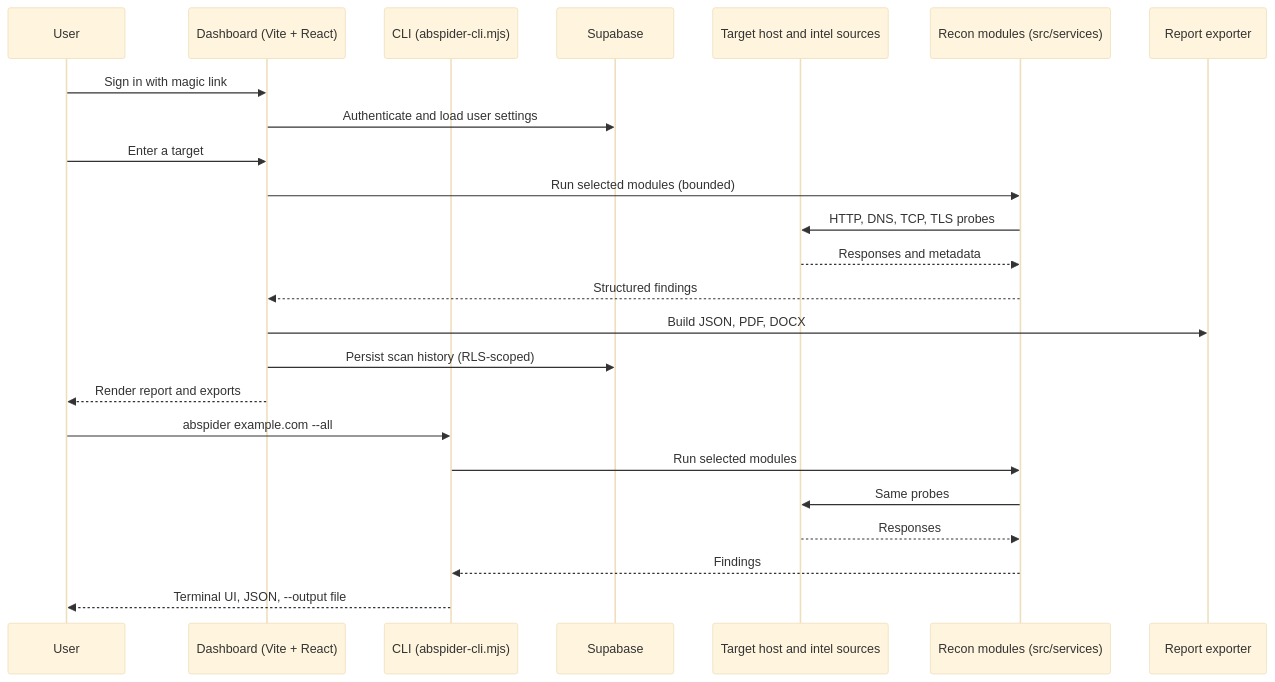
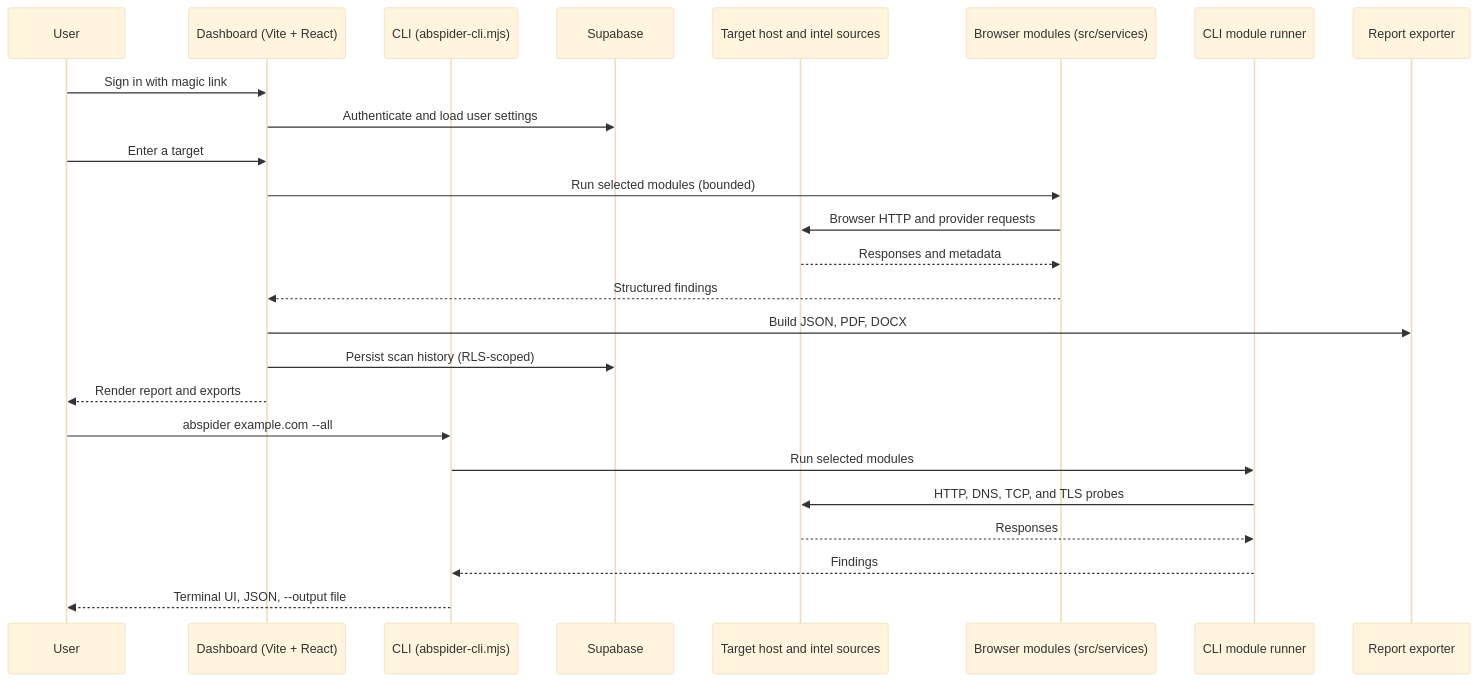
The second of 2 diagrams in README.md (zanesense/abspider-recon), drawn with Mermaid (base theme) before and after one commit. The commit also changed other lines of this file and 3 other files, not shown here.

````diff
--- a/README.md
+++ b/README.md
@@ -533,28 +539,29 @@
 ```mermaid
 sequenceDiagram
     participant U as User
     participant W as Dashboard (Vite + React)
     participant C as CLI (abspider-cli.mjs)
     participant S as Supabase
     participant T as Target host and intel sources
-    participant R as Recon modules (src/services)
+    participant R as Browser modules (src/services)
+    participant N as CLI module runner
     participant E as Report exporter
 
     U->>W: Sign in with magic link
     W->>S: Authenticate and load user settings
     U->>W: Enter a target
     W->>R: Run selected modules (bounded)
-    R->>T: HTTP, DNS, TCP, TLS probes
+    R->>T: Browser HTTP and provider requests
     T-->>R: Responses and metadata
     R-->>W: Structured findings
     W->>E: Build JSON, PDF, DOCX
     W->>S: Persist scan history (RLS-scoped)
     W-->>U: Render report and exports
 
     U->>C: abspider example.com --all
-    C->>R: Run selected modules
-    R->>T: Same probes
-    T-->>R: Responses
-    R-->>C: Findings
+    C->>N: Run selected modules
+    N->>T: HTTP, DNS, TCP, and TLS probes
+    T-->>N: Responses
+    N-->>C: Findings
     C-->>U: Terminal UI, JSON, --output file
 ```
````
